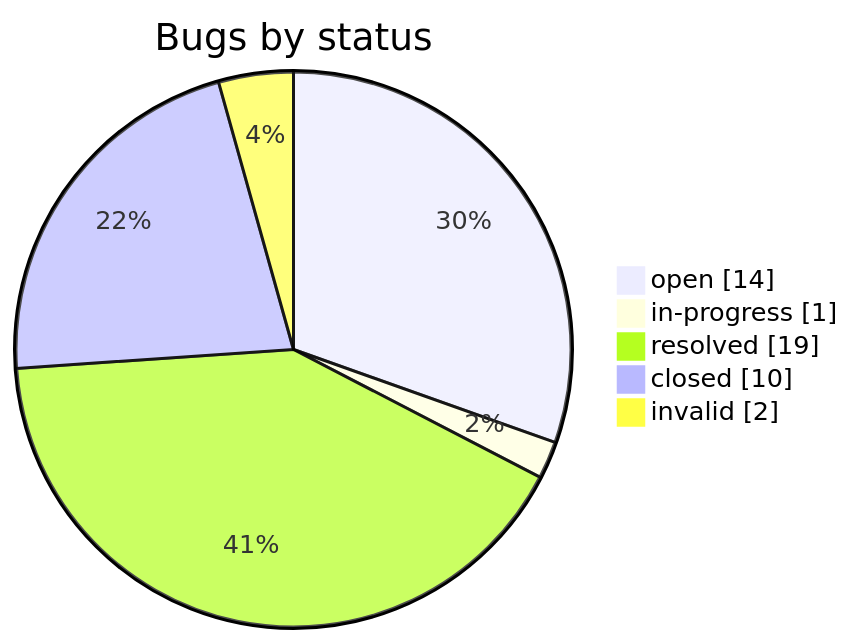
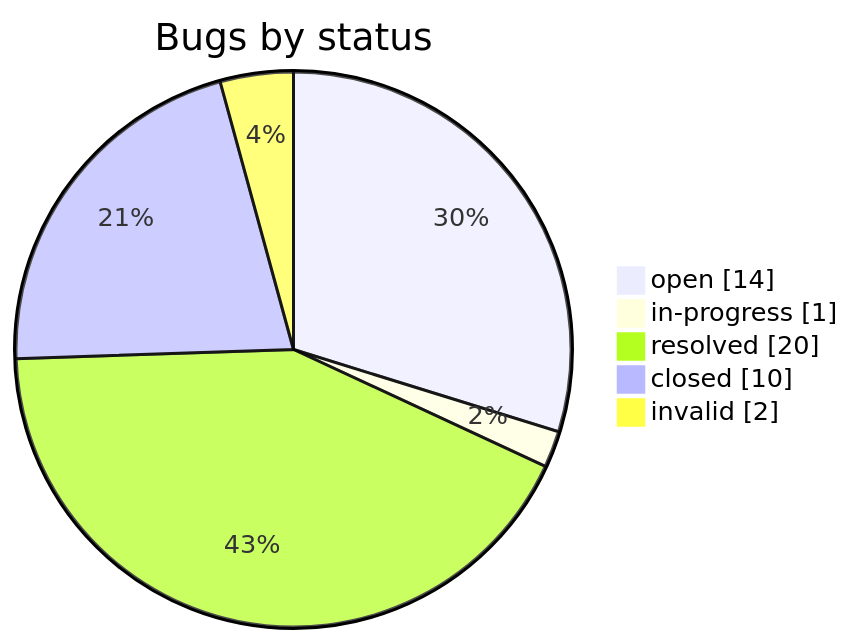
Before and after one commit to iammaxsu/automatic-testing-architecture: the second of 2 diagrams in STATUS.md, drawn with Mermaid. The commit also changed other lines of this file and 4 other files, not shown here.

````diff
--- a/STATUS.md
+++ b/STATUS.md
@@ -165,8 +165,8 @@
 ```mermaid
 pie showData title Bugs by status
     "open" : 14
     "in-progress" : 1
-    "resolved" : 19
+    "resolved" : 20
     "closed" : 10
     "invalid" : 2
 ```
````
